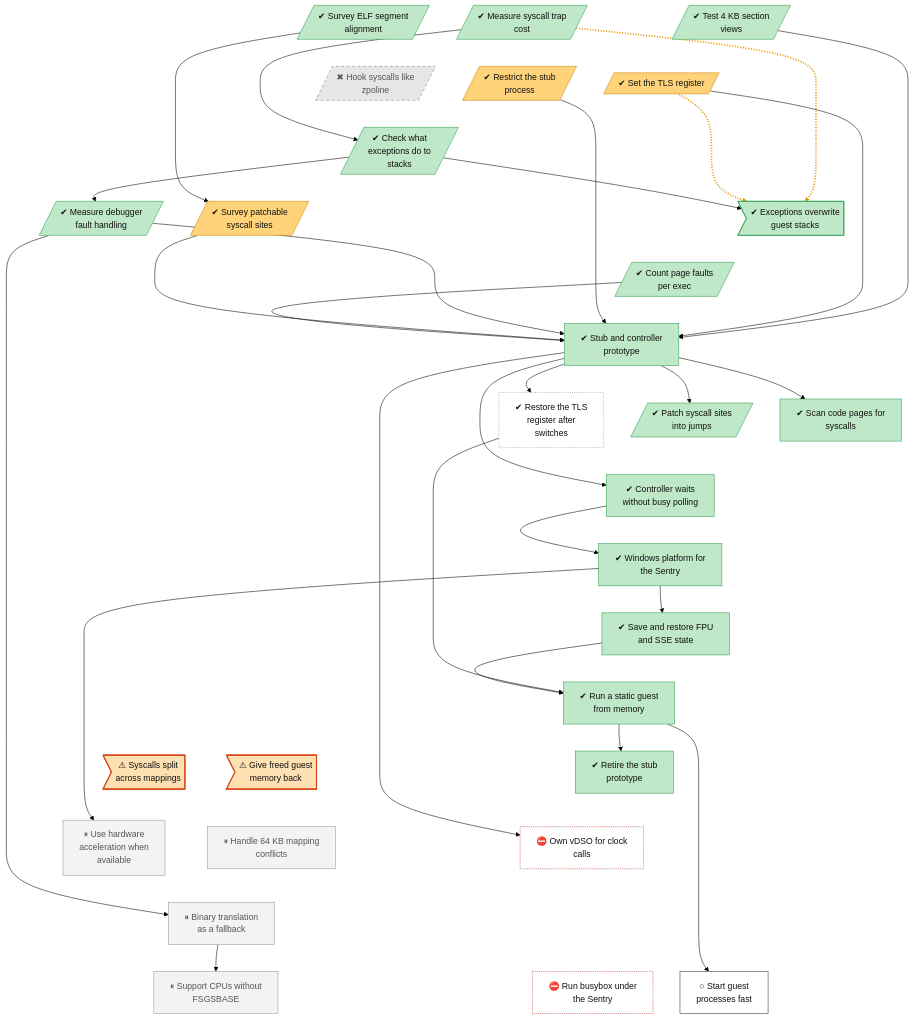
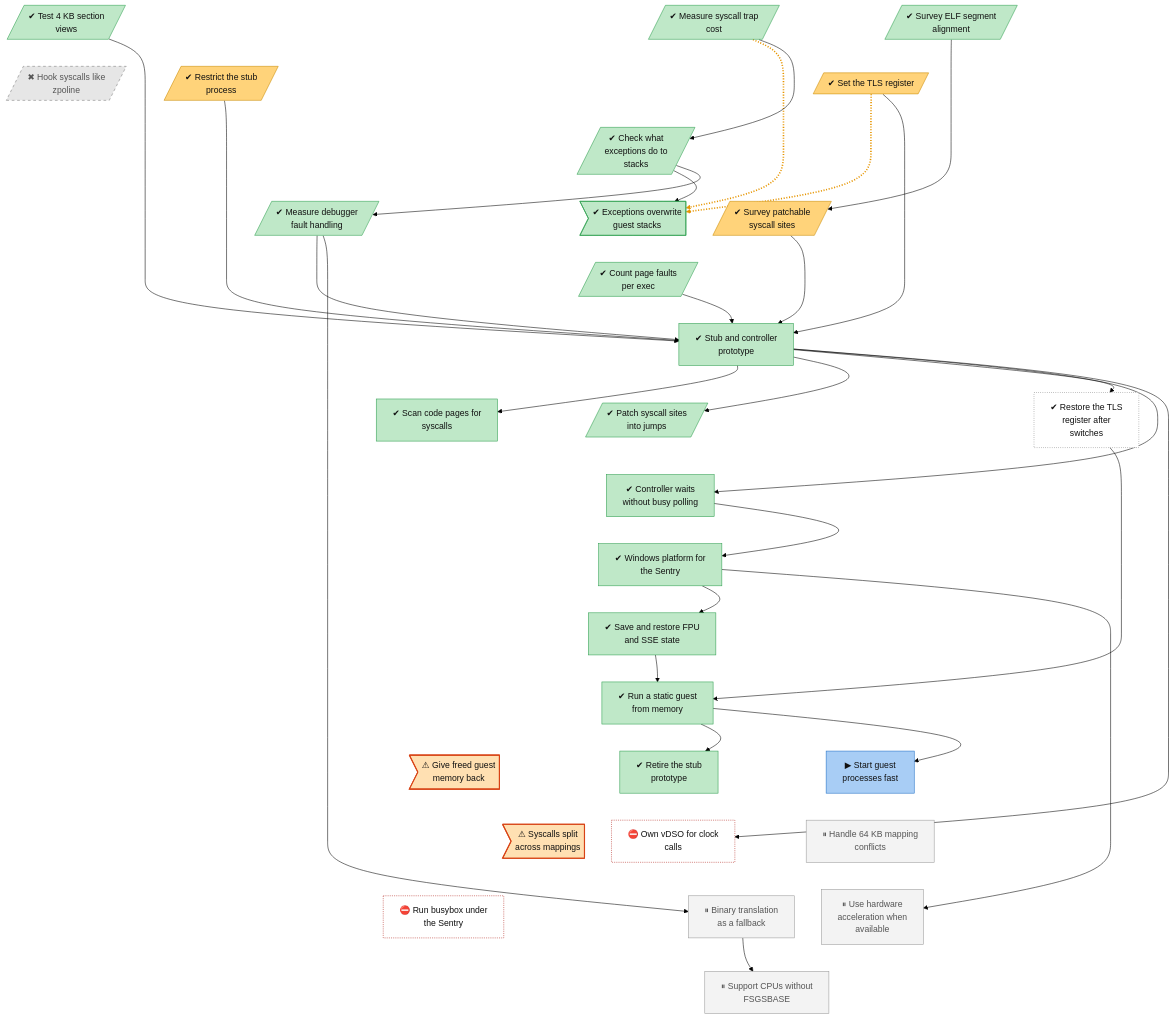
One commit to lhns/gvisor-windows changed the diagram in docs/roadmap/tracks/platform.md. Above: the diagram before and after it, drawn with Mermaid (forest theme). The commit also changed other lines of this file and 7 other files, not shown here.

````diff
--- a/docs/roadmap/tracks/platform.md
+++ b/docs/roadmap/tracks/platform.md
@@ -30,14 +30,14 @@
     platform_static_guest_from_memory["✔ Run a static guest<br/>from memory"]
     platform_retire_prototype["✔ Retire the stub<br/>prototype"]
     platform_memory_release>"⚠ Give freed guest<br/>memory back"]
+    platform_fast_process_start["▶ Start guest<br/>processes fast"]
     platform_split_syscall_unpatched>"⚠ Syscalls split<br/>across mappings"]
     platform_own_vdso["⛔ Own vDSO for clock<br/>calls"]
     platform_64k_mapping_conflicts["⏸ Handle 64 KB mapping<br/>conflicts"]
+    platform_busybox_on_windows["⛔ Run busybox under<br/>the Sentry"]
     platform_hardware_acceleration["⏸ Use hardware<br/>acceleration when<br/>available"]
     platform_binary_translation_fallback["⏸ Binary translation<br/>as a fallback"]
     platform_no_fsgsbase_fallback["⏸ Support CPUs without<br/>FSGSBASE"]
-    platform_fast_process_start["○ Start guest<br/>processes fast"]
-    platform_busybox_on_windows["⛔ Run busybox under<br/>the Sentry"]
     platform_elf_alignment_survey ~~~ platform_tls_register
     platform_trap_cost ~~~ platform_restricted_stub
     platform_4k_section_views ~~~ platform_zpoline_hooks
@@ -62,16 +62,16 @@
     platform_fp_state ~~~ platform_static_guest_from_memory
     platform_static_guest_from_memory ~~~ platform_retire_prototype
     platform_static_guest_from_memory ~~~ platform_memory_release
-    platform_static_guest_from_memory ~~~ platform_split_syscall_unpatched
-    platform_retire_prototype ~~~ platform_own_vdso
-    platform_memory_release ~~~ platform_64k_mapping_conflicts
-    platform_split_syscall_unpatched ~~~ platform_hardware_acceleration
-    platform_own_vdso ~~~ platform_binary_translation_fallback
+    platform_static_guest_from_memory ~~~ platform_fast_process_start
+    platform_retire_prototype ~~~ platform_split_syscall_unpatched
+    platform_memory_release ~~~ platform_own_vdso
+    platform_fast_process_start ~~~ platform_64k_mapping_conflicts
+    platform_split_syscall_unpatched ~~~ platform_busybox_on_windows
+    platform_own_vdso ~~~ platform_hardware_acceleration
     platform_64k_mapping_conflicts ~~~ platform_binary_translation_fallback
-    platform_hardware_acceleration ~~~ platform_binary_translation_fallback
+    platform_busybox_on_windows ~~~ platform_no_fsgsbase_fallback
+    platform_hardware_acceleration ~~~ platform_no_fsgsbase_fallback
     platform_binary_translation_fallback ~~~ platform_no_fsgsbase_fallback
-    platform_binary_translation_fallback ~~~ platform_fast_process_start
-    platform_binary_translation_fallback ~~~ platform_busybox_on_windows
     platform_trap_cost -.-> platform_veh_on_guest_stack_unsafe
     platform_tls_register -.-> platform_veh_on_guest_stack_unsafe
     platform_trap_cost --> platform_exception_stack
@@ -93,11 +93,11 @@
     platform_fs_base_repair --> platform_static_guest_from_memory
     platform_fp_state --> platform_static_guest_from_memory
     platform_static_guest_from_memory --> platform_retire_prototype
+    platform_static_guest_from_memory --> platform_fast_process_start
     platform_stub_controller --> platform_own_vdso
     platform_winstub --> platform_hardware_acceleration
     platform_debug_event_cost --> platform_binary_translation_fallback
     platform_binary_translation_fallback --> platform_no_fsgsbase_fallback
-    platform_static_guest_from_memory --> platform_fast_process_start
     linkStyle 34,35 stroke:#e69500,stroke-width:3px,stroke-dasharray:2 3
     classDef vsucc fill:#2e9e4f,stroke:#1b6b34,color:#fff
     classDef succ fill:#bfe8c8,stroke:#2e9e4f,color:#111
@@ -118,7 +118,7 @@
     class platform_zpoline_hooks dead
     class platform_fs_base_repair unrated
     class platform_memory_release,platform_split_syscall_unpatched finding
+    class platform_fast_process_start inprog
     class platform_own_vdso,platform_busybox_on_windows blocked
     class platform_64k_mapping_conflicts,platform_hardware_acceleration,platform_binary_translation_fallback,platform_no_fsgsbase_fallback parked
-    class platform_fast_process_start next
 ```
````
